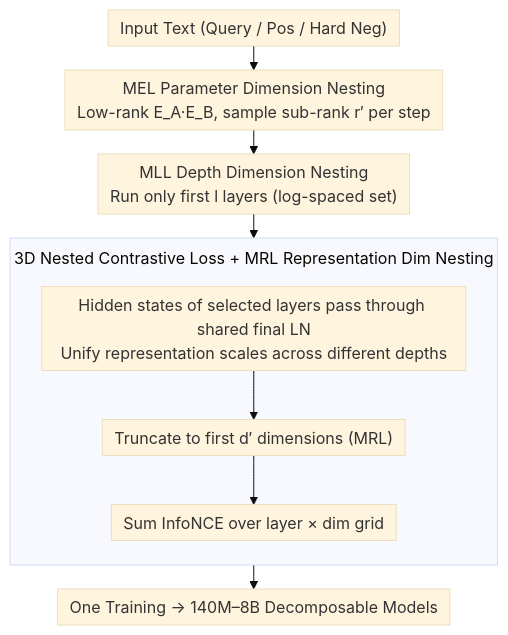
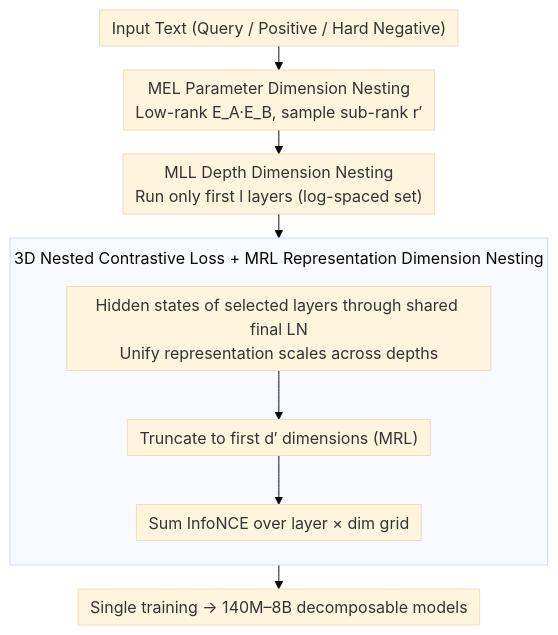
The diagram in docs/ICML2026/information_retrieval/ml-embed_inclusive_and_efficient_embeddings_for_a_multilingual_world.md (zhaoyang97/Paper-Notes-en), drawn with Mermaid (base theme) before and after one commit. The commit also changed other lines of this file and 5084 other files, not shown here.

````diff
--- a/docs/ICML2026/information_retrieval/ml-embed_inclusive_and_efficient_embeddings_for_a_multilingual_world.md
+++ b/docs/ICML2026/information_retrieval/ml-embed_inclusive_and_efficient_embeddings_for_a_multilingual_world.md
@@ -50,14 +50,14 @@
 ```mermaid
 %%{init: {'flowchart': {'rankSpacing': 24, 'nodeSpacing': 28, 'padding': 6, 'wrappingWidth': 400, 'subGraphTitleMargin': {'top': 8, 'bottom': 16}}}}%%
 flowchart TD
-    IN["Input Text (Query / Pos / Hard Neg)"]
-    IN --> MEL["MEL Parameter Dimension Nesting<br/>Low-rank E_A·E_B, sample sub-rank r′ per step"]
+    IN["Input Text (Query / Positive / Hard Negative)"]
+    IN --> MEL["MEL Parameter Dimension Nesting<br/>Low-rank E_A·E_B, sample sub-rank r′"]
     MEL --> MLL["MLL Depth Dimension Nesting<br/>Run only first l layers (log-spaced set)"]
-    MLL --> LN["Hidden states of selected layers pass through shared final LN<br/>Unify representation scales across different depths"]
-    subgraph LOSS["3D Nested Contrastive Loss + MRL Representation Dim Nesting"]
+    MLL --> LN["Hidden states of selected layers through shared final LN<br/>Unify representation scales across depths"]
+    subgraph LOSS["3D Nested Contrastive Loss + MRL Representation Dimension Nesting"]
         direction TB
         LN --> MRL["Truncate to first d′ dimensions (MRL)"]
         MRL --> CL["Sum InfoNCE over layer × dim grid"]
     end
-    CL --> OUT["One Training → 140M–8B Decomposable Models"]
+    CL --> OUT["Single training → 140M–8B decomposable models"]
 ```
````
